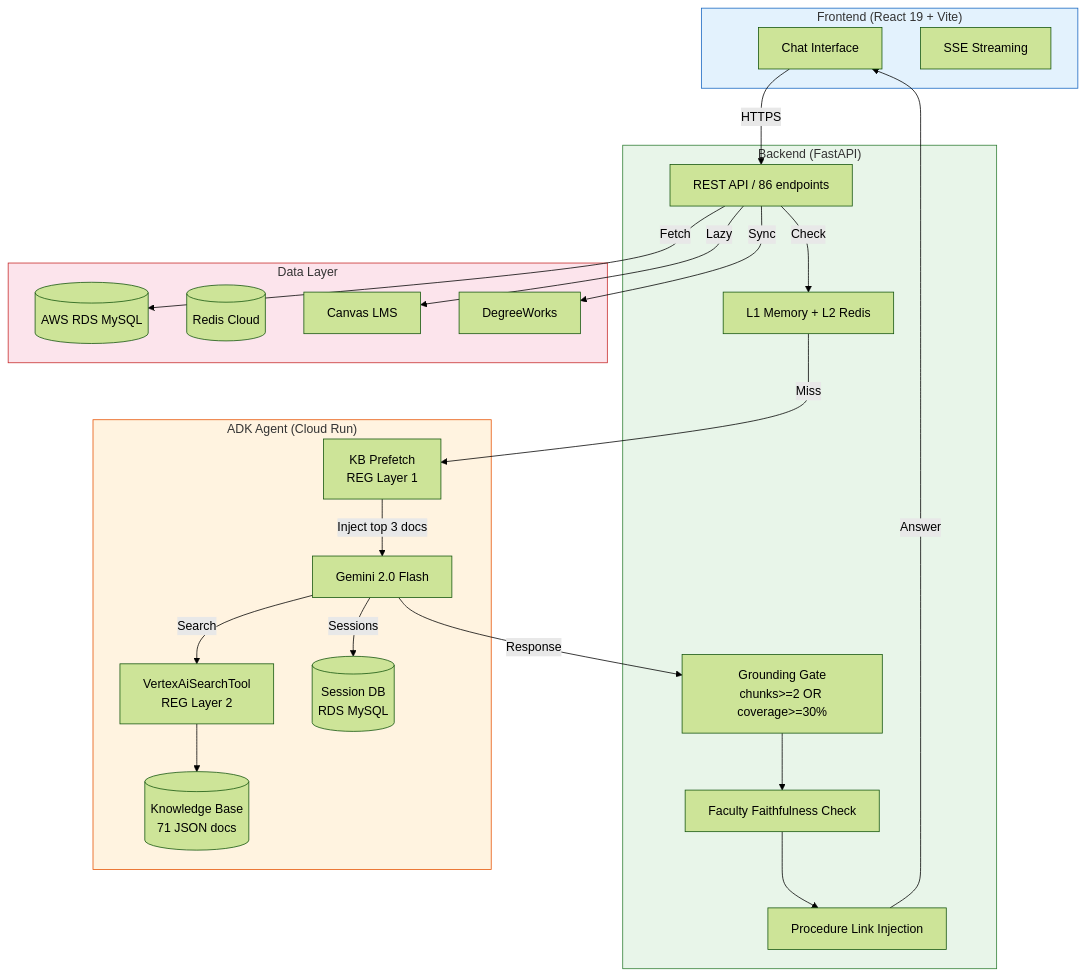
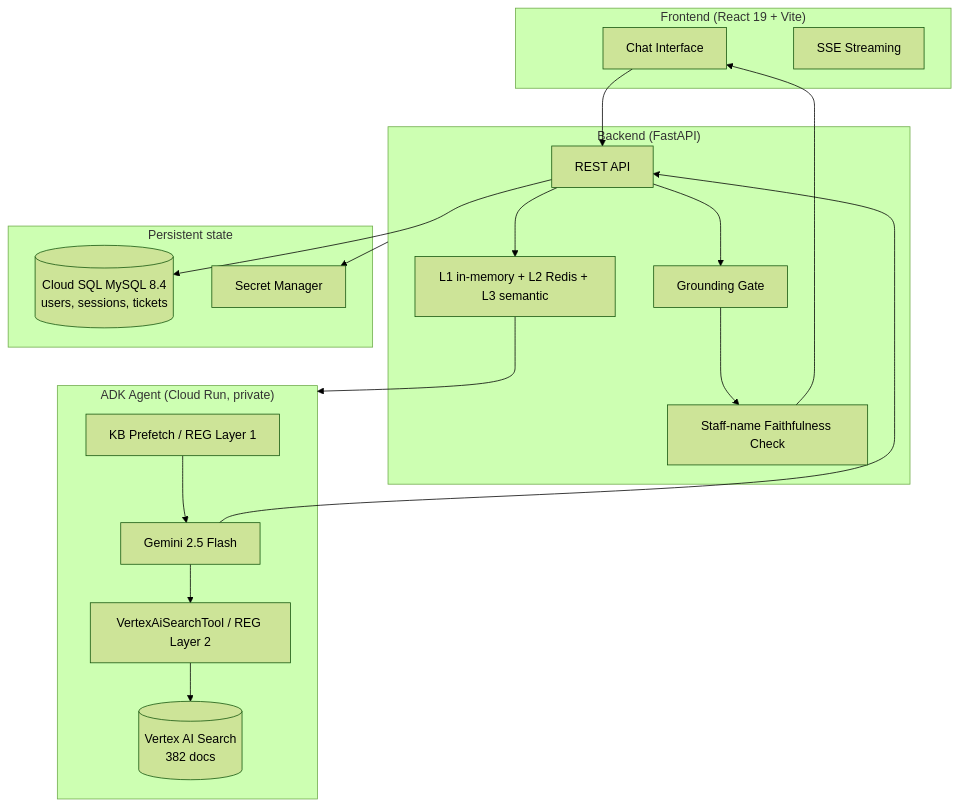
One commit to lama9811/ORAnavigator changed the diagram in README.md. Above: the diagram before and after it, drawn with Mermaid (forest theme). The commit also changed other lines of this file and 52 other files, not shown here.

````diff
--- a/README.md
+++ b/README.md
@@ -61,50 +40,39 @@
 ```mermaid
 flowchart TB
     subgraph Client["Frontend (React 19 + Vite)"]
         UI[Chat Interface]
         SSE[SSE Streaming]
     end
 
     subgraph Backend["Backend (FastAPI)"]
-        API[REST API / 86 endpoints]
-        Cache[L1 Memory + L2 Redis]
-        GG[Grounding Gate\nchunks>=2 OR coverage>=30%]
-        FF[Faculty Faithfulness Check]
-        PL[Procedure Link Injection]
+        API[REST API]
+        Cache[L1 in-memory + L2 Redis + L3 semantic]
+        GG[Grounding Gate]
+        FF[Staff-name Faithfulness Check]
     end
 
-    subgraph ADK["ADK Agent (Cloud Run)"]
-        PF[KB Prefetch\nREG Layer 1]
-        Agent[Gemini 2.0 Flash]
-        VAS[VertexAiSearchTool\nREG Layer 2]
-        KB[(Knowledge Base\n71 JSON docs)]
-        SDB[(Session DB\nRDS MySQL)]
+    subgraph ADK["ADK Agent (Cloud Run, private)"]
+        PF[KB Prefetch / REG Layer 1]
+        Agent[Gemini 2.5 Flash]
+        VAS[VertexAiSearchTool / REG Layer 2]
+        KB[(Vertex AI Search<br/>382 docs)]
     end
 
-    subgraph Data["Data Layer"]
-        RDS[(AWS RDS MySQL)]
-        Redis[(Redis Cloud)]
-        Canvas[Canvas LMS]
-        DW[DegreeWorks]
+    subgraph Data["Persistent state"]
+        DB[(Cloud SQL MySQL 8.4<br/>users, sessions, tickets)]
+        Secrets[Secret Manager]
     end
 
-    UI -->|HTTPS| API
-    API -->|Check| Cache
-    Cache -->|Miss| PF
-    PF -->|Inject top 3 docs| Agent
-    Agent -->|Search| VAS
+    UI --> API
+    API --> Cache
+    Cache --> ADK
+    PF --> Agent
+    Agent --> VAS
     VAS --> KB
-    Agent -->|Response| GG
+    Agent --> API
+    API --> GG
     GG --> FF
-    FF --> PL
-    PL -->|Answer| UI
-    Agent -->|Sessions| SDB
-    API -->|Fetch| RDS
-    API -->|Lazy| Canvas
-    API -->|Sync| DW
-
-    style Client fill:#e3f2fd,stroke:#1565c0
-    style Backend fill:#e8f5e9,stroke:#2e7d32
-    style ADK fill:#fff3e0,stroke:#e65100
-    style Data fill:#fce4ec,stroke:#c62828
+    FF --> UI
+    API --> DB
+    Backend --> Secrets
 ```
````
